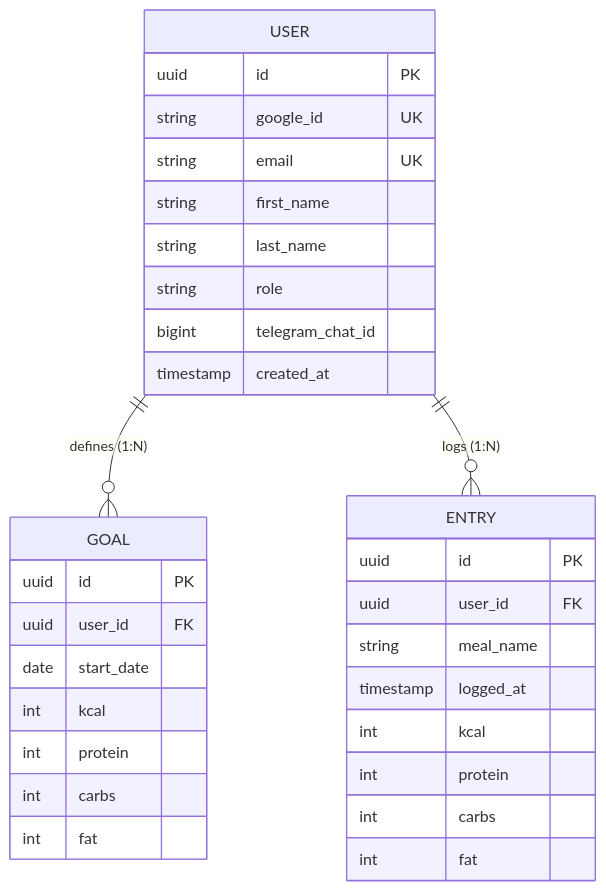
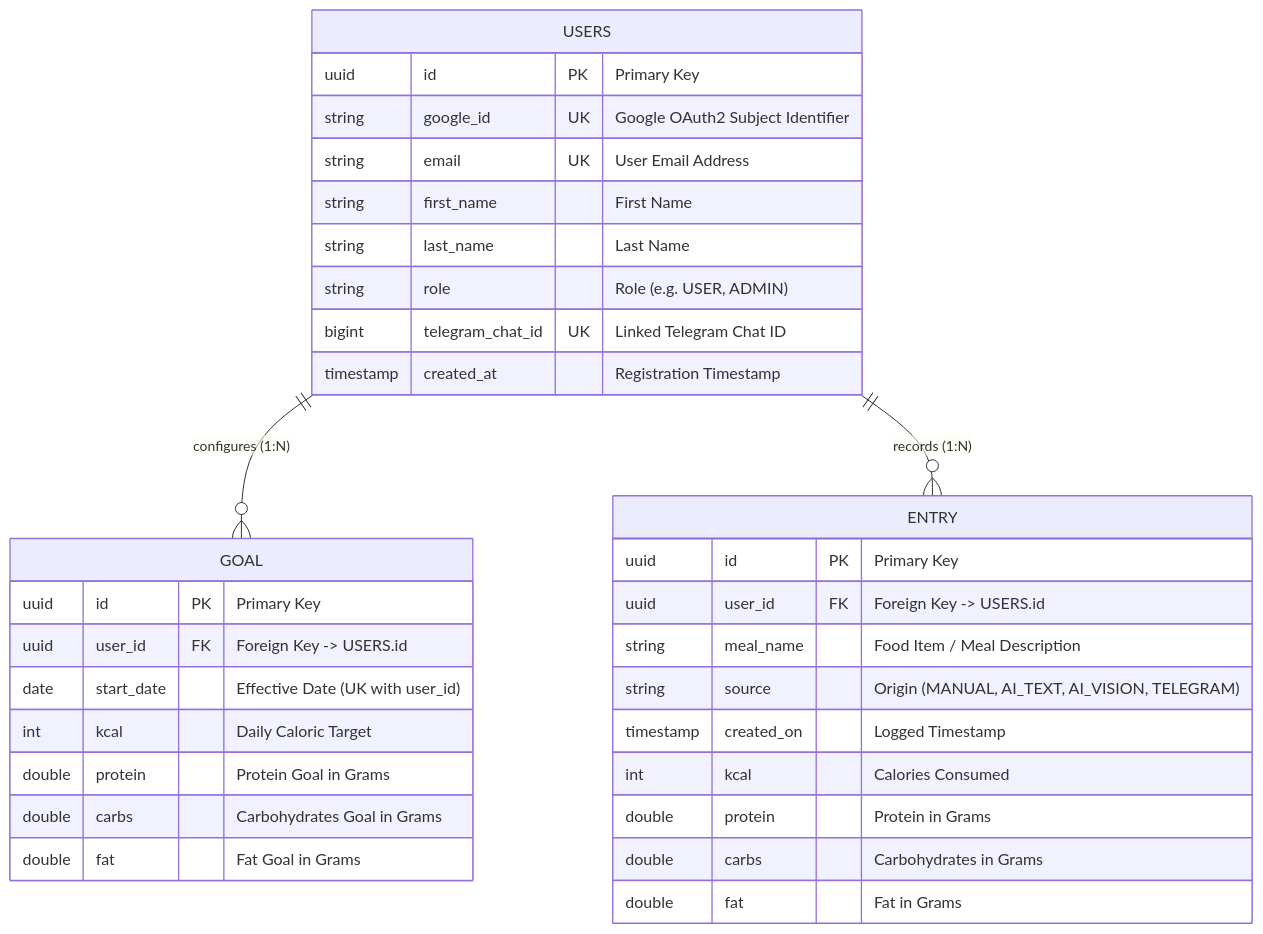
The third of 3 diagrams in README.md (ec-mentors/project-module-andres-bs12), drawn with Mermaid before and after one commit. The commit also changed other lines of this file and 6 other files, not shown here.

Commit message:
diagrams fix

````diff
--- a/README.md
+++ b/README.md
@@ -20,37 +146,38 @@
 ```mermaid
 erDiagram
-    USER ||--o{ GOAL : "defines (1:N)"
-    USER ||--o{ ENTRY : "logs (1:N)"
+    USERS ||--o{ GOAL : "configures (1:N)"
+    USERS ||--o{ ENTRY : "records (1:N)"
 
-    USER {
-        uuid id PK
-        string google_id UK
-        string email UK
-        string first_name
-        string last_name
-        string role
-        bigint telegram_chat_id
-        timestamp created_at
+    USERS {
+        uuid id PK "Primary Key"
+        string google_id UK "Google OAuth2 Subject Identifier"
+        string email UK "User Email Address"
+        string first_name "First Name"
+        string last_name "Last Name"
+        string role "Role (e.g. USER, ADMIN)"
+        bigint telegram_chat_id UK "Linked Telegram Chat ID"
+        timestamp created_at "Registration Timestamp"
     }
 
     GOAL {
-        uuid id PK
-        uuid user_id FK
-        date start_date
-        int kcal
-        int protein
-        int carbs
-        int fat
+        uuid id PK "Primary Key"
+        uuid user_id FK "Foreign Key -> USERS.id"
+        date start_date "Effective Date (UK with user_id)"
+        int kcal "Daily Caloric Target"
+        double protein "Protein Goal in Grams"
+        double carbs "Carbohydrates Goal in Grams"
+        double fat "Fat Goal in Grams"
     }
 
     ENTRY {
-        uuid id PK
-        uuid user_id FK
-        string meal_name
-        timestamp logged_at
-        int kcal
-        int protein
-        int carbs
-        int fat
+        uuid id PK "Primary Key"
+        uuid user_id FK "Foreign Key -> USERS.id"
+        string meal_name "Food Item / Meal Description"
+        string source "Origin (MANUAL, AI_TEXT, AI_VISION, TELEGRAM)"
+        timestamp created_on "Logged Timestamp"
+        int kcal "Calories Consumed"
+        double protein "Protein in Grams"
+        double carbs "Carbohydrates in Grams"
+        double fat "Fat in Grams"
     }
 ```
````
